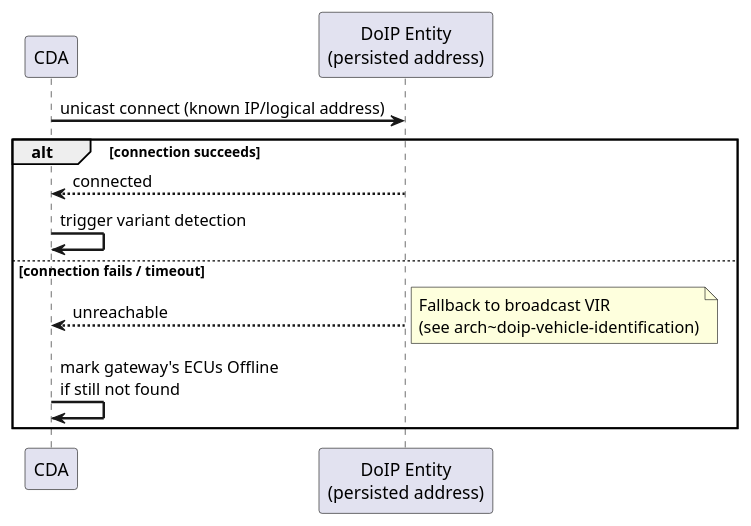
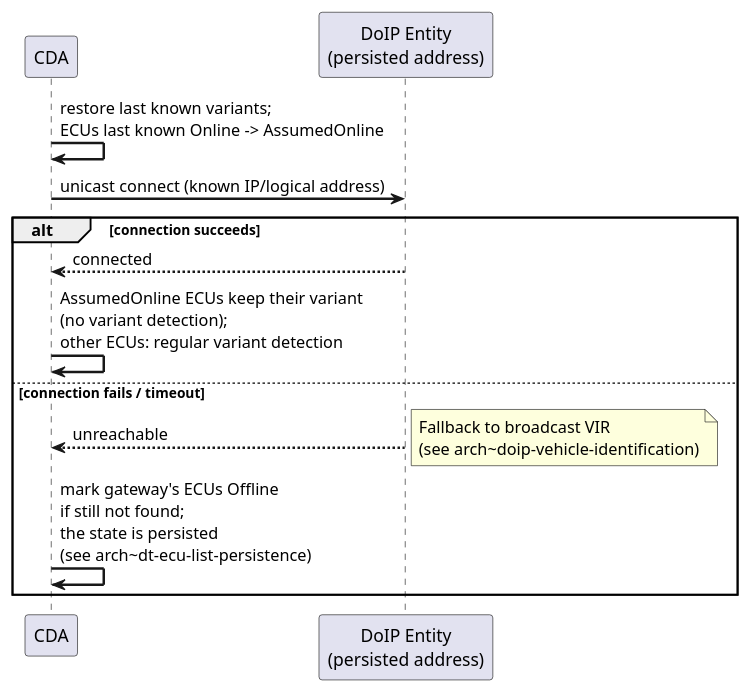
One commit to eclipse-opensovd/classic-diagnostic-adapter changed the fourth of 8 diagrams in docs/03_architecture/04_diagnostic_tester.rst. Above: the diagram before and after it, drawn with PlantUML. The commit also changed other lines of this file and 78 other files, not shown here.

```diff
--- a/docs/03_architecture/04_diagnostic_tester.rst
+++ b/docs/03_architecture/04_diagnostic_tester.rst
@@ -481,20 +561,21 @@
     .. uml::
         :caption: WhenNotPersisted -- Reconnect to a Persisted Gateway
 
         @startuml
         skinparam backgroundColor #FFFFFF
         skinparam sequenceArrowThickness 2
 
         participant "CDA" as Startup
         participant "DoIP Entity\n(persisted address)" as GW
 
+        Startup -> Startup: restore last known variants;\nECUs last known Online -> AssumedOnline
         Startup -> GW: unicast connect (known IP/logical address)
         alt connection succeeds
             GW --> Startup: connected
-            Startup -> Startup: trigger variant detection
+            Startup -> Startup: AssumedOnline ECUs keep their variant\n(no variant detection);\nother ECUs: regular variant detection
         else connection fails / timeout
             GW --> Startup: unreachable
             note right: Fallback to broadcast VIR\n(see arch~doip-vehicle-identification)
-            Startup -> Startup: mark gateway's ECUs Offline\nif still not found
+            Startup -> Startup: mark gateway's ECUs Offline\nif still not found;\nthe state is persisted\n(see arch~dt-ecu-list-persistence)
         end
         @enduml
```
